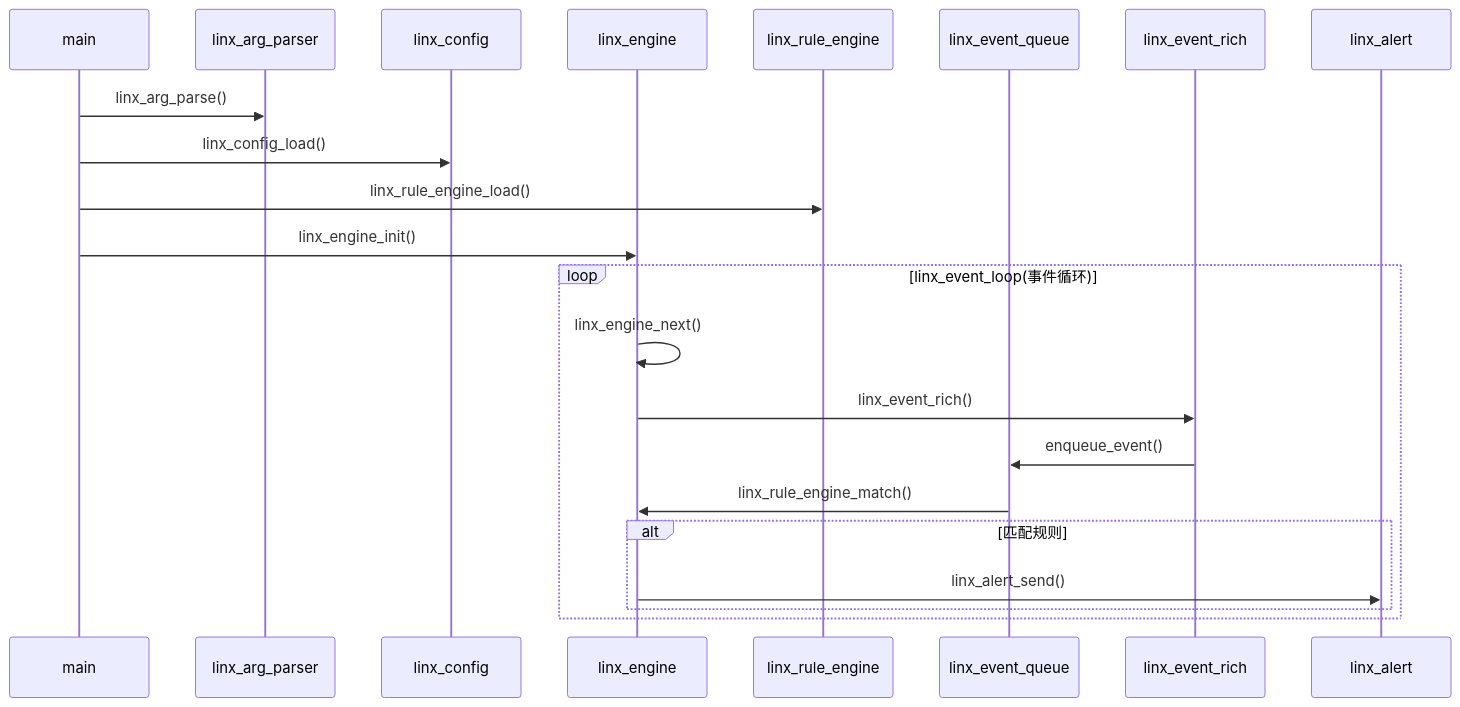
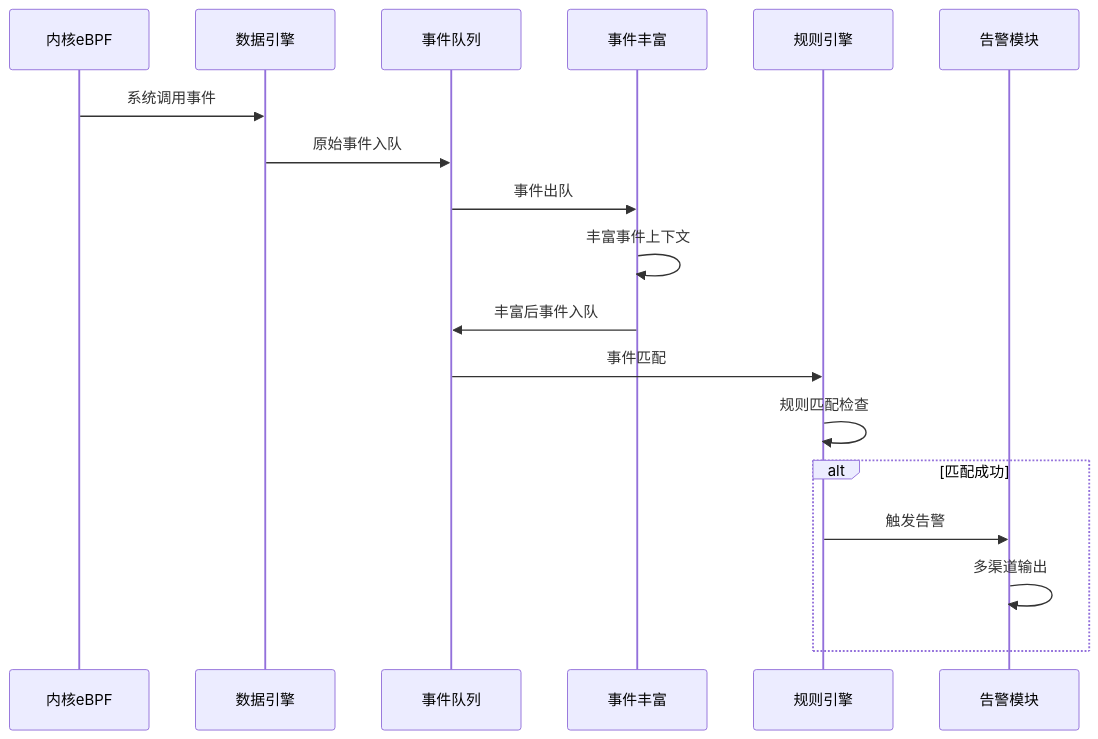
Before and after one commit to zhutouwangzha/linx-apd: the second of 3 diagrams in README.md, drawn with Mermaid. The commit also changed other lines of this file, not shown here.

````diff
--- a/README.md
+++ b/README.md
@@ -54,25 +185,21 @@
 ```mermaid
 sequenceDiagram
-    participant main
-    participant linx_arg_parser
-    participant linx_config
-    participant linx_engine
-    participant linx_rule_engine
-    participant linx_event_queue
-    participant linx_event_rich
-    participant linx_alert
+    participant K as 内核eBPF
+    participant E as 数据引擎
+    participant Q as 事件队列
+    participant R as 事件丰富
+    participant RE as 规则引擎
+    participant A as 告警模块
     
-    main->>linx_arg_parser: linx_arg_parse()
-    main->>linx_config: linx_config_load()
-    main->>linx_rule_engine: linx_rule_engine_load()
-    main->>linx_engine: linx_engine_init()
-    loop linx_event_loop(事件循环)
-        linx_engine->>linx_engine: linx_engine_next()
-        linx_engine->>linx_event_rich: linx_event_rich()
-        linx_event_rich->>linx_event_queue: enqueue_event()
-        linx_event_queue->>linx_engine: linx_rule_engine_match()
-        alt 匹配规则
-            linx_engine->>linx_alert: linx_alert_send()
-        end
+    K->>E: 系统调用事件
+    E->>Q: 原始事件入队
+    Q->>R: 事件出队
+    R->>R: 丰富事件上下文
+    R->>Q: 丰富后事件入队
+    Q->>RE: 事件匹配
+    RE->>RE: 规则匹配检查
+    alt 匹配成功
+        RE->>A: 触发告警
+        A->>A: 多渠道输出
     end
 ```
````
